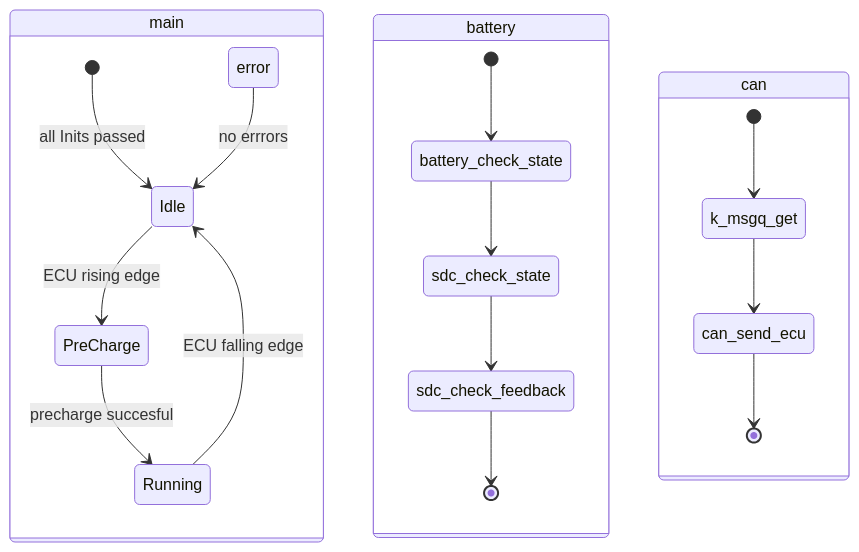
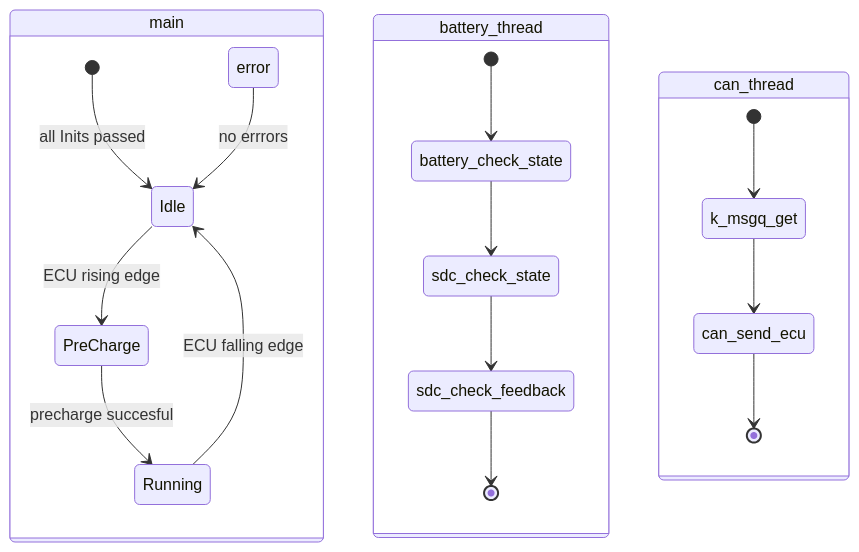
The second of 3 diagrams in README.md (renolluc/BMS_zephyr), drawn with Mermaid before and after one commit. The commit also changed other lines of this file, not shown here.

Commit message:
add dataflow and comm diagram to readme

````diff
--- a/README.md
+++ b/README.md
@@ -140,25 +142,25 @@
 ```mermaid
 stateDiagram-v2
 
 state main{
     [*] --> Idle: all Inits passed
     error --> Idle: no errrors
     Idle --> PreCharge: ECU rising edge
     PreCharge --> Running : precharge succesful
     Running --> Idle : ECU falling edge 
 }
 
-state battery{
+state battery_thread{
     [*] --> battery_check_state
     battery_check_state --> sdc_check_state
     sdc_check_state --> sdc_check_feedback
     sdc_check_feedback --> [*]
 }
 
-state can{
+state can_thread{
     [*] --> k_msgq_get
     k_msgq_get --> can_send_ecu
     can_send_ecu --> [*]
 }
 
 ```
````
